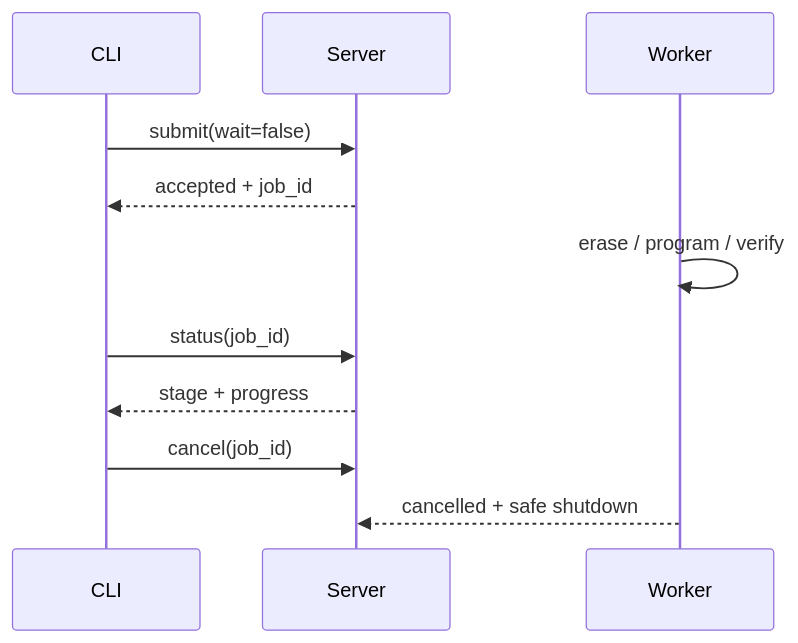
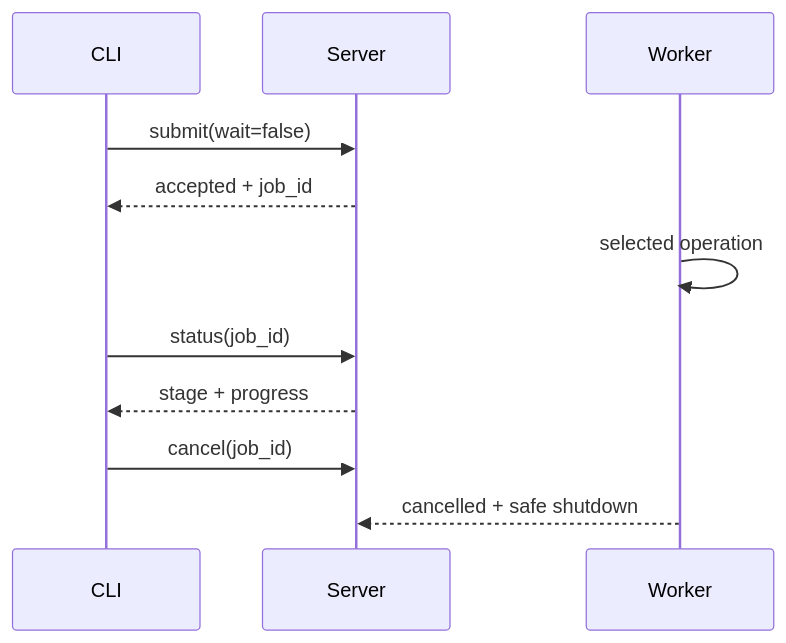
Before and after one commit to physicslu/plasma: the third of 3 diagrams in software/python/docs/architecture.md, drawn with Mermaid. The commit also changed other lines of this file and 17 other files, not shown here.

Commit message:
Refine multichannel batch operation flow

````diff
--- a/software/python/docs/architecture.md
+++ b/software/python/docs/architecture.md
@@ -52,13 +52,13 @@
 ```mermaid
 sequenceDiagram
     participant CLI
     participant Server
     participant Worker
     CLI->>Server: submit(wait=false)
     Server-->>CLI: accepted + job_id
-    Worker->>Worker: erase / program / verify
+    Worker->>Worker: selected operation
     CLI->>Server: status(job_id)
     Server-->>CLI: stage + progress
     CLI->>Server: cancel(job_id)
     Worker-->>Server: cancelled + safe shutdown
 ```
````
